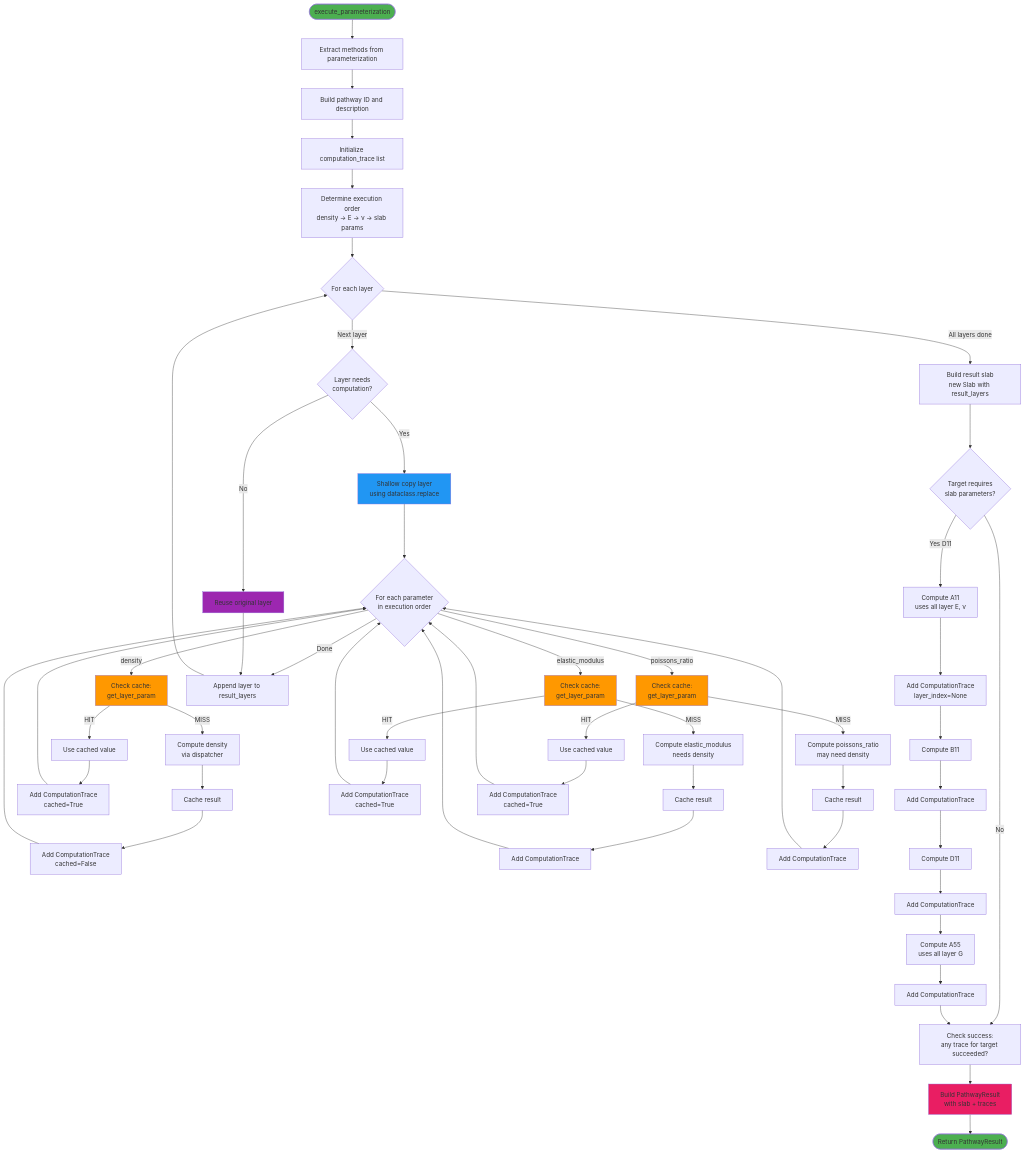
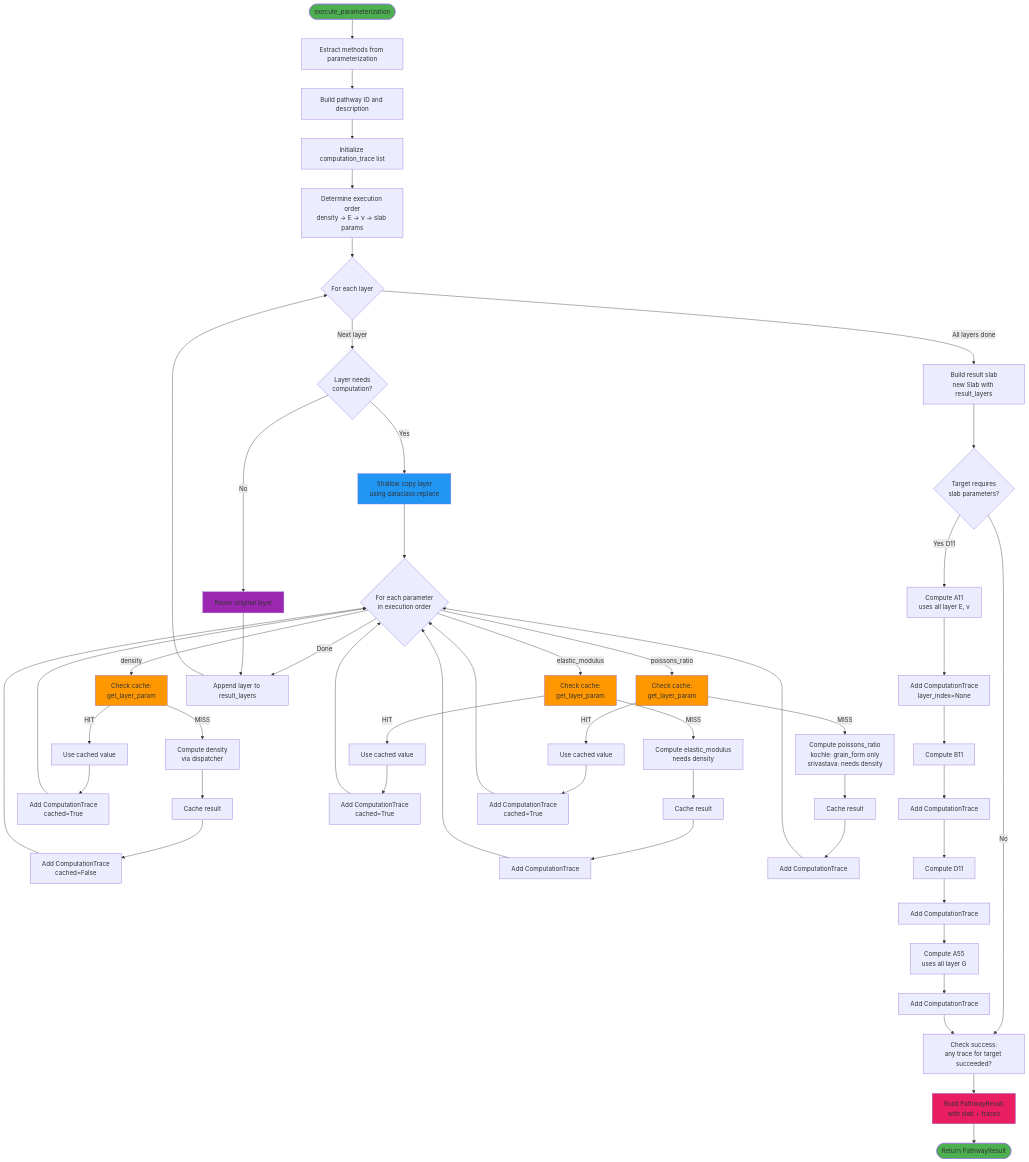
Before and after one commit to connellymk/SnowPyt-MechParams: the fourth of 7 diagrams in docs/execution_engine.md, drawn with Mermaid. The commit also changed other lines of this file and 11 other files, not shown here.

Commit message:
update srivastava input in graph

````diff
--- a/docs/execution_engine.md
+++ b/docs/execution_engine.md
@@ -303,82 +303,82 @@
 ```mermaid
 flowchart TD
     Start([execute_parameterization]) --> ExtractMethods[Extract methods from parameterization]
     ExtractMethods --> BuildID[Build pathway ID and description]
     BuildID --> InitTrace[Initialize computation_trace list]
     
     InitTrace --> DetermineOrder[Determine execution order<br/>density → E → ν → slab params]
     
     DetermineOrder --> LayerLoop{For each layer}
     
     LayerLoop -->|Next layer| CheckCompute{Layer needs<br/>computation?}
     
     CheckCompute -->|Yes| ShallowCopy[Shallow copy layer<br/>using dataclass.replace]
     CheckCompute -->|No| ReuseLayer[Reuse original layer]
     
     ShallowCopy --> ParamLoop{For each parameter<br/>in execution order}
     
     ParamLoop -->|density| CheckCache1[Check cache:<br/>get_layer_param]
     CheckCache1 -->|MISS| ComputeDensity[Compute density<br/>via dispatcher]
     CheckCache1 -->|HIT| UseCached1[Use cached value]
     ComputeDensity --> CacheDensity[Cache result]
     CacheDensity --> TraceDensity[Add ComputationTrace<br/>cached=False]
     UseCached1 --> TraceDensity1[Add ComputationTrace<br/>cached=True]
     
     TraceDensity --> ParamLoop
     TraceDensity1 --> ParamLoop
     
     ParamLoop -->|elastic_modulus| CheckCache2[Check cache:<br/>get_layer_param]
     CheckCache2 -->|MISS| ComputeE[Compute elastic_modulus<br/>needs density]
     CheckCache2 -->|HIT| UseCached2[Use cached value]
     ComputeE --> CacheE[Cache result]
     CacheE --> TraceE[Add ComputationTrace]
     UseCached2 --> TraceE1[Add ComputationTrace<br/>cached=True]
     
     TraceE --> ParamLoop
     TraceE1 --> ParamLoop
     
     ParamLoop -->|poissons_ratio| CheckCache3[Check cache:<br/>get_layer_param]
-    CheckCache3 -->|MISS| ComputeNu[Compute poissons_ratio<br/>may need density]
+    CheckCache3 -->|MISS| ComputeNu[Compute poissons_ratio<br/>kochle: grain_form only<br/>srivastava: needs density]
     CheckCache3 -->|HIT| UseCached3[Use cached value]
     ComputeNu --> CacheNu[Cache result]
     CacheNu --> TraceNu[Add ComputationTrace]
     UseCached3 --> TraceNu1[Add ComputationTrace<br/>cached=True]
     
     TraceNu --> ParamLoop
     TraceNu1 --> ParamLoop
     
     ParamLoop -->|Done| AppendLayer[Append layer to result_layers]
     ReuseLayer --> AppendLayer
     
     AppendLayer --> LayerLoop
     
     LayerLoop -->|All layers done| BuildSlab[Build result slab<br/>new Slab with result_layers]
     
     BuildSlab --> SlabCalcs{Target requires<br/>slab parameters?}
     
     SlabCalcs -->|Yes D11| ComputeA11[Compute A11<br/>uses all layer E, ν]
     ComputeA11 --> TraceA11[Add ComputationTrace<br/>layer_index=None]
     TraceA11 --> ComputeB11[Compute B11]
     ComputeB11 --> TraceB11[Add ComputationTrace]
     TraceB11 --> ComputeD11[Compute D11]
     ComputeD11 --> TraceD11[Add ComputationTrace]
     TraceD11 --> ComputeA55[Compute A55<br/>uses all layer G]
     ComputeA55 --> TraceA55[Add ComputationTrace]
     
     SlabCalcs -->|No| CheckSuccess
     TraceA55 --> CheckSuccess
     
     CheckSuccess[Check success:<br/>any trace for target succeeded?]
     CheckSuccess --> BuildResult[Build PathwayResult<br/>with slab + traces]
     
     BuildResult --> End([Return PathwayResult])
     
     style Start fill:#4CAF50
     style End fill:#4CAF50
     style CheckCache1 fill:#FF9800
     style CheckCache2 fill:#FF9800
     style CheckCache3 fill:#FF9800
     style ShallowCopy fill:#2196F3
     style ReuseLayer fill:#9C27B0
     style BuildResult fill:#E91E63
 ```
````
